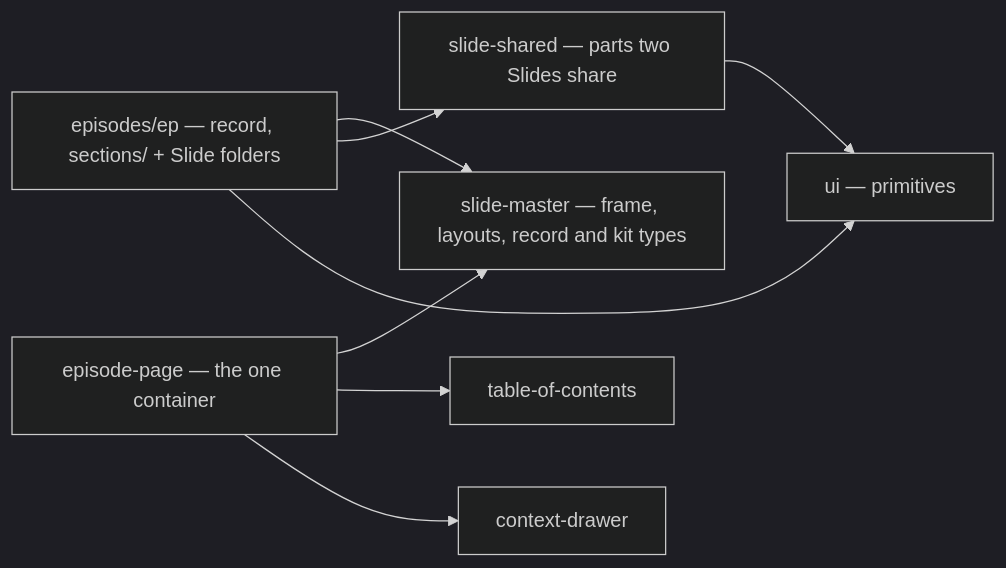
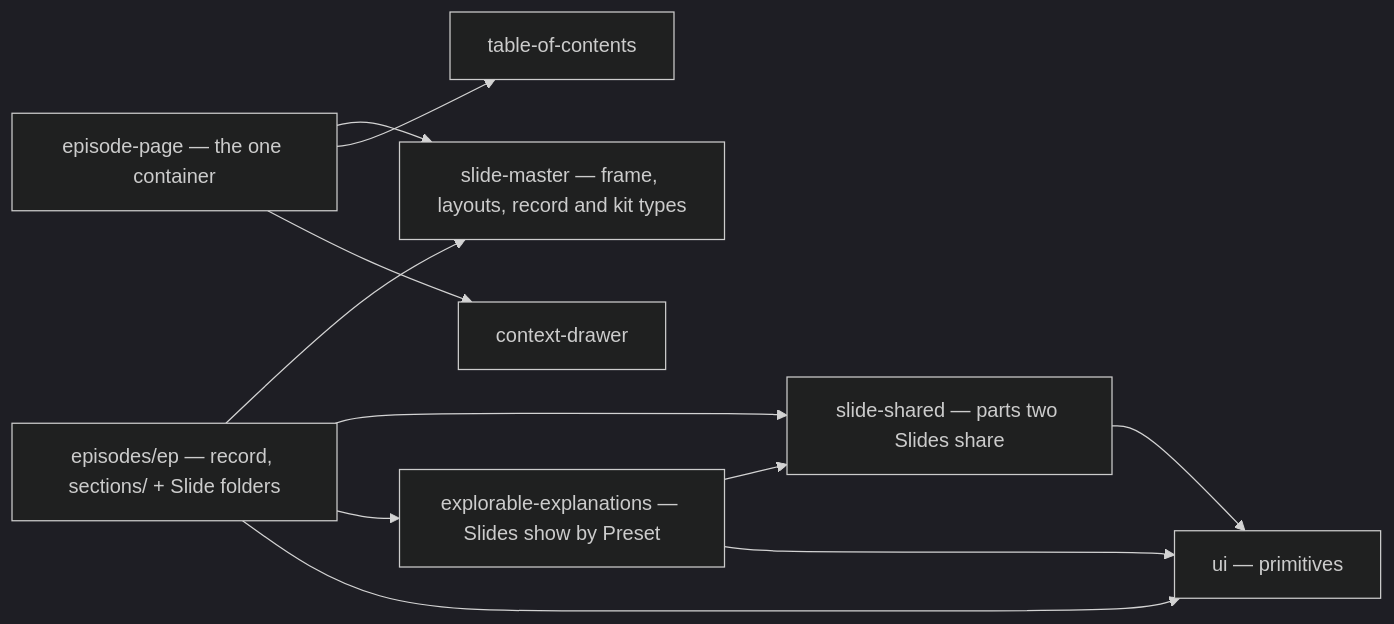
One commit to hancrafted/content-library changed the second of 5 diagrams in .archgate/adrs/FE-004-slide-architecture.md. Above: the diagram before and after it, drawn with Mermaid (dark theme). The commit also changed other lines of this file and 195 other files, not shown here.

First line of the commit message:
refactor(components): rename Shared visual to Explorable explanation

````diff
--- a/.archgate/adrs/FE-004-slide-architecture.md
+++ b/.archgate/adrs/FE-004-slide-architecture.md
@@ -33,10 +33,13 @@
 ```mermaid
 flowchart LR
   ep["episodes/ep — record, sections/ + Slide folders"] --> master["slide-master — frame, layouts, record and kit types"]
   ep --> shared["slide-shared — parts two Slides share"]
+  ep --> explain["explorable-explanations — Slides show by Preset"]
+  explain --> shared
+  explain --> ui
   ep --> ui["ui — primitives"]
   shared --> ui
   container["episode-page — the one container"] --> master
   container --> toc["table-of-contents"]
   container --> drawer["context-drawer"]
 ```
````
